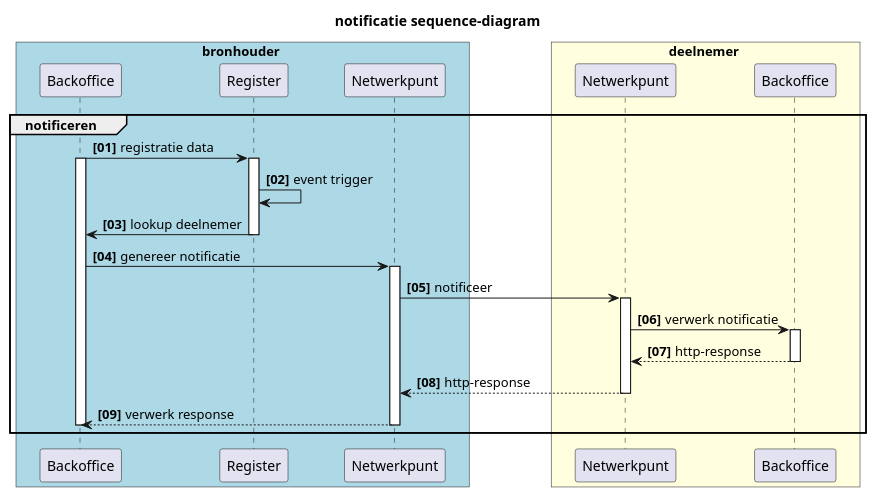
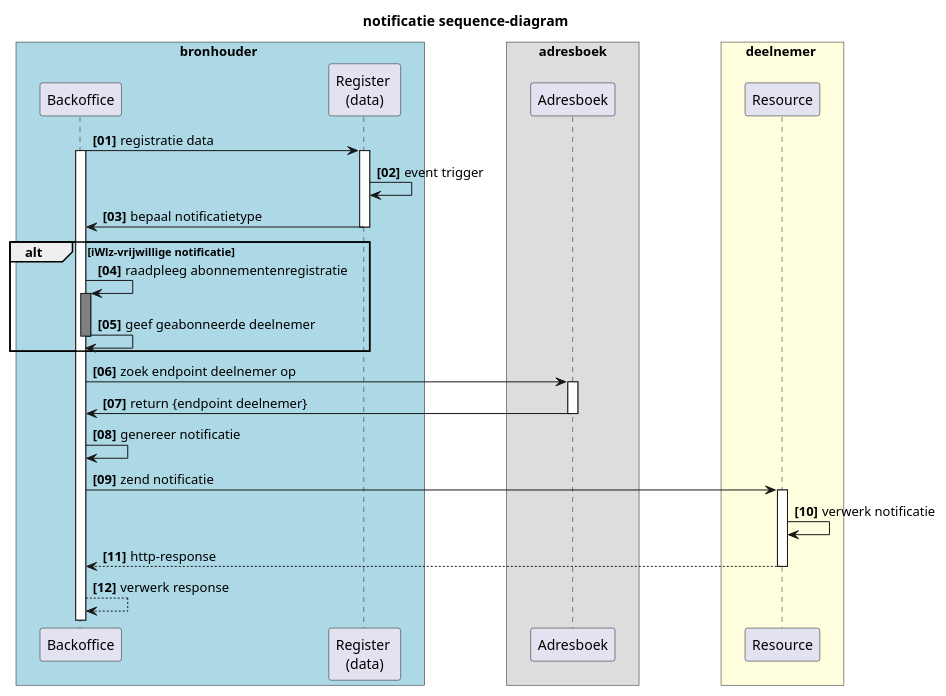
One commit to iStandaarden/iWlz-RequestForComment changed the second of 5 diagrams in RFC/RFC008 - Notificaties en Abonnementen.md. Above: the diagram before and after it, drawn with PlantUML. The commit also changed other lines of this file and 1 other file, not shown here.

````diff
--- a/RFC/RFC008 - Notificaties en Abonnementen.md
+++ b/RFC/RFC008 - Notificaties en Abonnementen.md
@@ -127,45 +139,49 @@
   ```plantuml
   @startuml rfc008-02-notificatie_sequence
   title notificatie sequence-diagram
   skinparam handwritten false
   skinparam participantpadding 20
   skinparam boxpadding 40
   autonumber "<b>[00]"
   box bronhouder #lightblue
   participant "Backoffice" as bs
-  participant "Register" as rg
-  participant "Netwerkpunt" as bnp 
+  participant "Register \n(data)" as rg
+  end box
+
+  box adresboek
+  participant "Adresboek" as ab
   end box
 
   box deelnemer #lightyellow
-  participant "Netwerkpunt" as dnp
-  participant "Backoffice" as dbs
+  participant "Resource" as dnp
   end box
 
-  group notificeren
     bs -> rg : registratie data
     activate rg
     activate bs
     rg -> rg: event trigger
+    rg -> bs : bepaal notificatietype
+    deactivate rg
 
-    rg -> bs : lookup deelnemer
-    deactivate rg
-    bs -> bnp: genereer notificatie
-  
-    activate bnp
-    
-    bnp -> dnp: notificeer
+      alt iWlz-vrijwillige notificatie
+      bs -> bs: raadpleeg abonnementenregistratie
+      activate bs #grey
+      bs -> bs: geef geabonneerde deelnemer
+      deactivate bs
+      end 
+
+    bs -> ab: zoek endpoint deelnemer op
+
+    activate ab
+    ab -> bs: return {endpoint deelnemer}
+    deactivate ab
+    bs -> bs: genereer notificatie
+    bs -> dnp: zend notificatie
     activate dnp
-    dnp -> dbs: verwerk notificatie
-    activate dbs
-    dbs --> dnp: http-response 
-    deactivate dbs
-    dnp --> bnp: http-response
+    dnp -> dnp: verwerk notificatie
+    dnp --> bs: http-response
     deactivate dnp  
-    bnp --> bs: verwerk response
-    deactivate bnp
-    deactivate bs
-  end
+    bs --> bs: verwerk response
 
   @enduml
   ```
````
